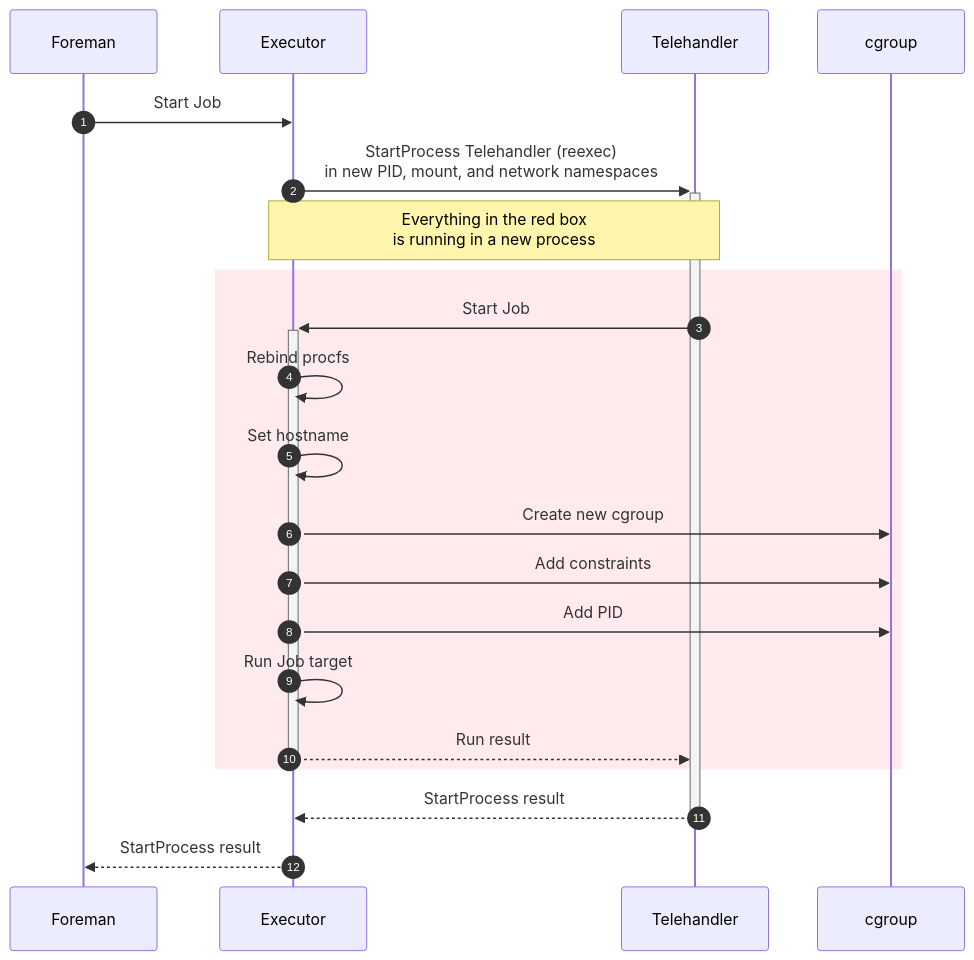
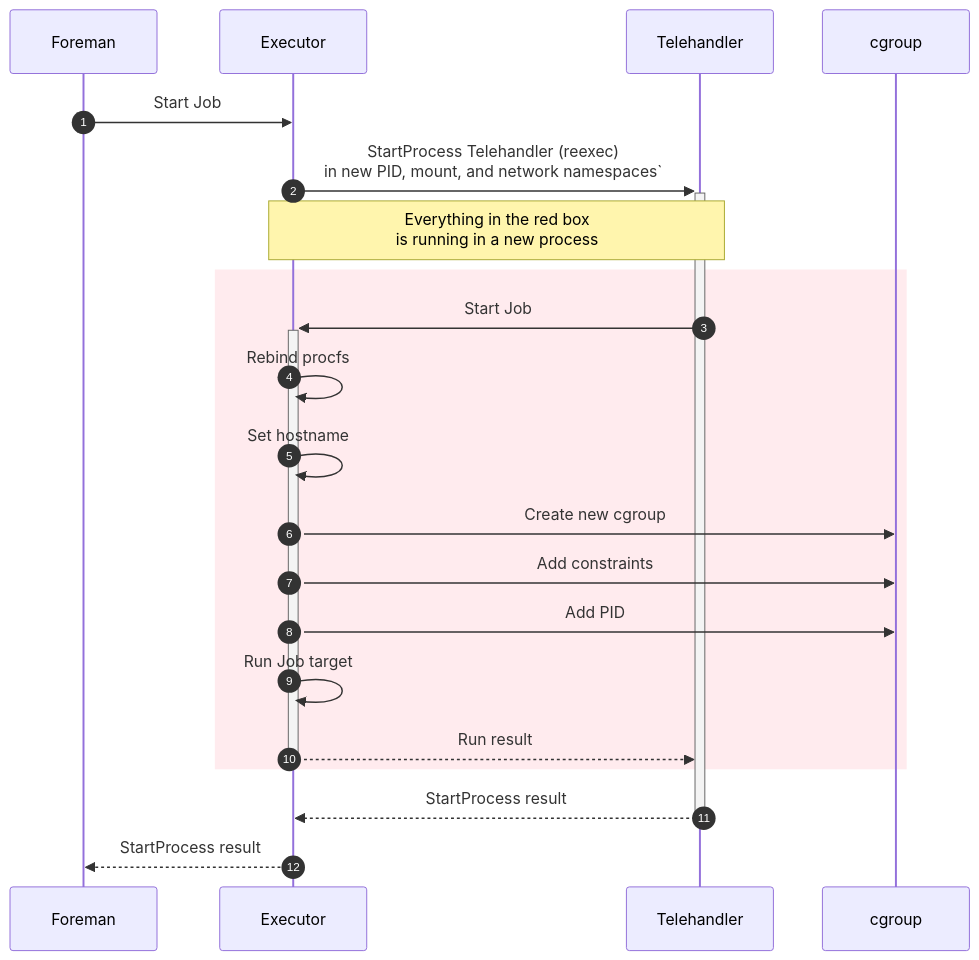
The third of 4 diagrams in docs/design.md (drrev/telehandler), drawn with Mermaid before and after one commit. The commit also changed other lines of this file, not shown here.

````diff
--- a/docs/design.md
+++ b/docs/design.md
@@ -95,19 +95,19 @@
 ```mermaid
 sequenceDiagram
     autonumber
     Foreman ->> Executor: Start Job
-    Executor ->>+ Telehandler: StartProcess Telehandler (reexec)<br/>in new PID, mount, and network namespaces
+    Executor ->>+ Telehandler: StartProcess Telehandler (reexec)<br/>in new PID, mount, and network namespaces`
     note over Telehandler,Executor: Everything in the red box <br/>is running in a new process
     rect rgb(255,235,238)
     Telehandler ->>+ Executor: Start Job
     Executor ->> Executor: Rebind procfs
     Executor ->> Executor: Set hostname
     Executor ->> cgroup: Create new cgroup
     Executor ->> cgroup: Add constraints
     Executor ->> cgroup: Add PID
     Executor ->> Executor: Run Job target
     Executor -->>- Telehandler: Run result
     end
     Telehandler -->>- Executor: StartProcess result
     Executor -->> Foreman: StartProcess result
 ```
````
